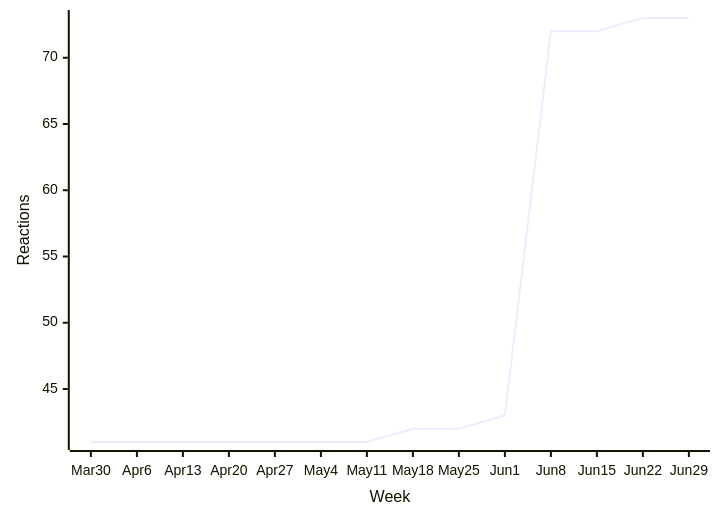
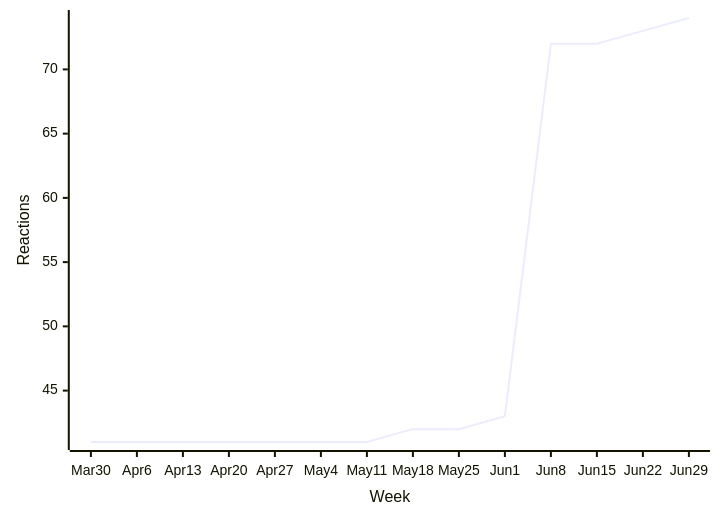
Before and after one commit to loic-sharma/github-insights: the third of 49 diagrams in README.md, drawn with Mermaid. The commit also changed other lines of this file and 3 other files, not shown here.

````diff
--- a/README.md
+++ b/README.md
@@ -373,6 +373,6 @@
   ```mermaid
   xychart-beta
     x-axis "Week" [Mar 30, Apr 6, Apr 13, Apr 20, Apr 27, May 4, May 11, May 18, May 25, Jun 1, Jun 8, Jun 15, Jun 22, Jun 29]
     y-axis "Reactions"
-    line [41, 41, 41, 41, 41, 41, 41, 42, 42, 43, 72, 72, 73, 73]
+    line [41, 41, 41, 41, 41, 41, 41, 42, 42, 43, 72, 72, 73, 74]
   ```
````
